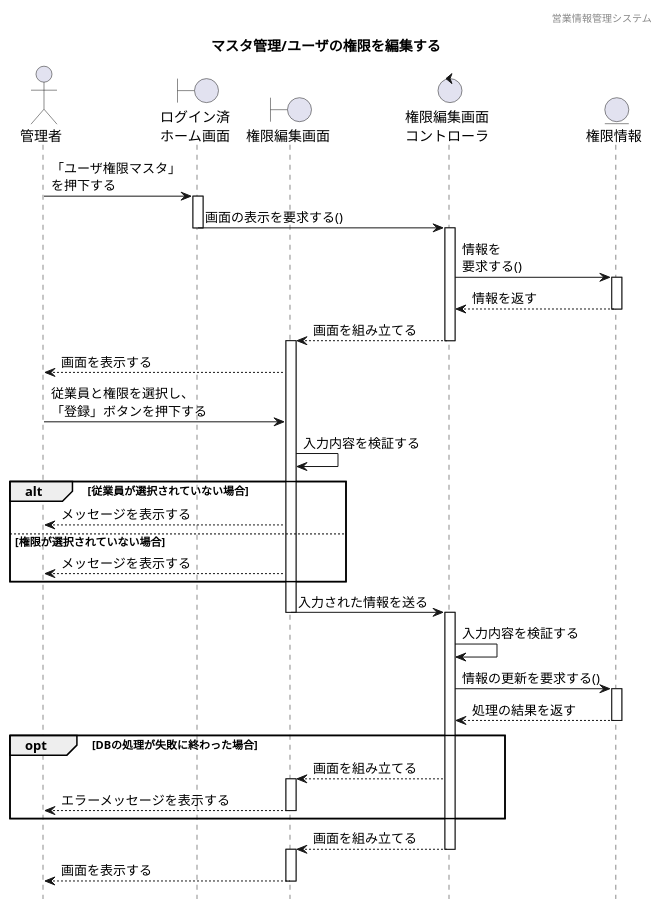
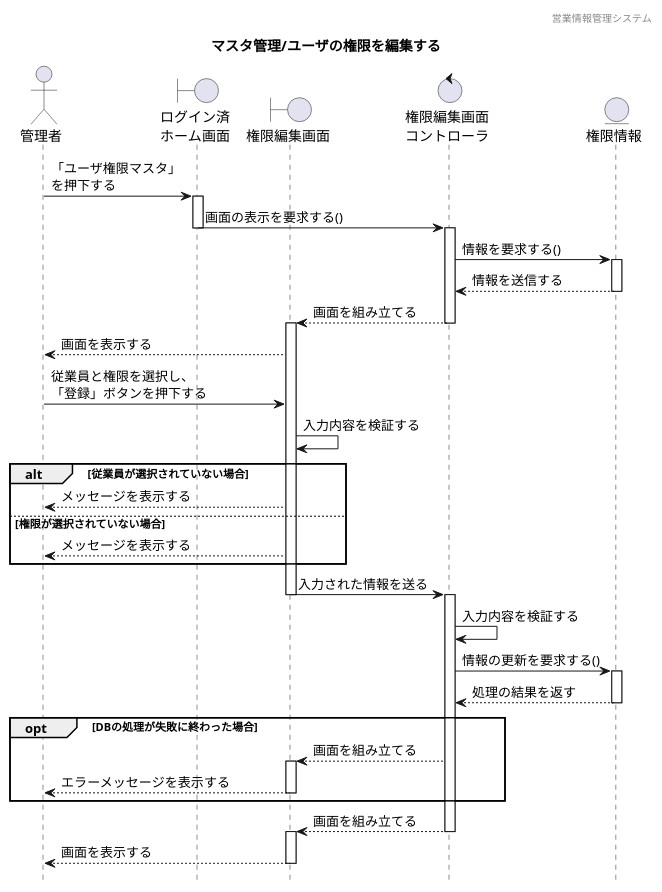
The diagram in 各種設計書/4シーケンス図/マスタ管理/3.ユーザ権限マスタ/ユーザ権限編集.wsd (HaruShim/Sotuken), drawn with PlantUML before and after one commit. The commit also changed 2 other files, not shown here.

```diff
--- a/各種設計書/4シーケンス図/マスタ管理/3.ユーザ権限マスタ/ユーザ権限編集.wsd
+++ b/各種設計書/4シーケンス図/マスタ管理/3.ユーザ権限マスタ/ユーザ権限編集.wsd
@@ -1,60 +1,60 @@
 @startuml sequence
 
 hide footbox
 header 営業情報管理システム
 title マスタ管理/ユーザの権限を編集する
 
 ' actor "" as 
 actor "管理者" as a1
 
 ' boundary "" as
 boundary "ログイン済\nホーム画面" as b1
 boundary "権限編集画面" as b2 
 
 ' control "" as
 control "権限編集画面\nコントローラ" as c4
 
 ' entity "" as
 entity "権限情報" as e1
 
 a1 -> b1:「ユーザ権限マスタ」\nを押下する
 activate b1
 b1 -> c4 : 画面の表示を要求する()
 deactivate b1
 activate c4
-c4 -> e1:情報を\n要求する()
+c4 -> e1:情報を要求する()
 activate e1
-e1 --> c4:情報を返す
+e1 --> c4:情報を送信する
 deactivate e1
 c4 --> b2:画面を組み立てる
 deactivate c4
 activate b2
 b2 --> a1 : 画面を表示する
 a1 -> b2:従業員と権限を選択し、\n「登録」ボタンを押下する
 b2 -> b2:入力内容を検証する
 alt 従業員が選択されていない場合
 b2 --> a1 : メッセージを表示する
 else 権限が選択されていない場合
 b2 --> a1 : メッセージを表示する
 end
 b2 -> c4:入力された情報を送る
 deactivate b2
 activate c4
 c4 -> c4 : 入力内容を検証する
 c4 -> e1:情報の更新を要求する()
 activate e1
 e1 --> c4 : 処理の結果を返す
 deactivate e1
 opt DBの処理が失敗に終わった場合
 c4 --> b2 : 画面を組み立てる
 activate b2
 b2 --> a1 : エラーメッセージを表示する
 deactivate b2
 end
 c4 --> b2 : 画面を組み立てる
 deactivate c4
 activate b2
 b2 --> a1:画面を表示する
 deactivate b2
 
 @enduml
```
